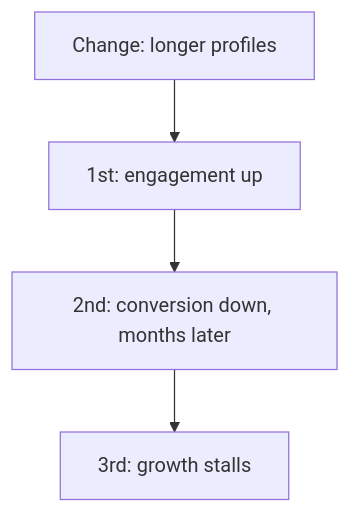
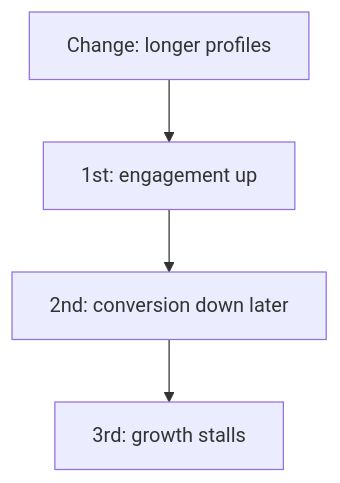
The first of 2 diagrams in content/tracks/knowledge-project/ep03.md (jrajath94/ai-podcast-curriculum), drawn with Mermaid before and after one commit. The commit also changed other lines of this file, not shown here.

````diff
--- a/content/tracks/knowledge-project/ep03.md
+++ b/content/tracks/knowledge-project/ep03.md
@@ -42,6 +42,6 @@
 ```mermaid
 graph TD
     A[Change: longer profiles] --> B[1st: engagement up]
-    B --> C[2nd: conversion down, months later]
+    B --> C[2nd: conversion down later]
     C --> D[3rd: growth stalls]
 ```
````
